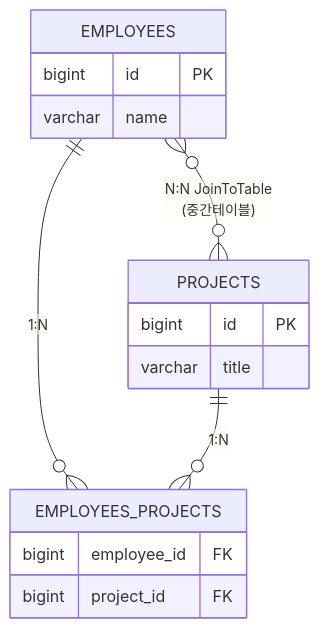
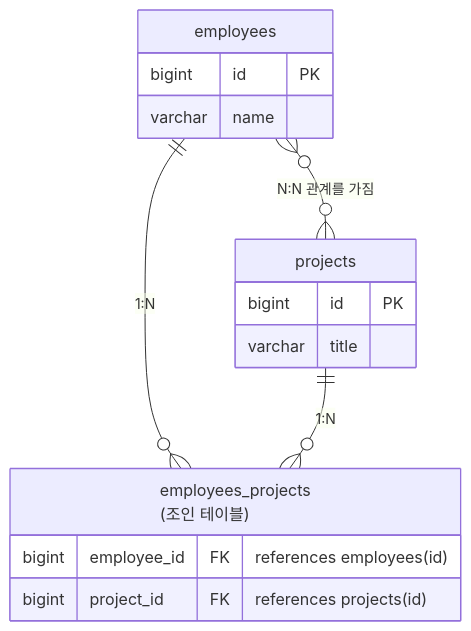
Before and after one commit to star1431/backend: the third of 3 diagrams in src/week_10/_1024/1024내용.md, drawn with Mermaid. The commit also changed other lines of this file, not shown here.

````diff
--- a/src/week_10/_1024/1024내용.md
+++ b/src/week_10/_1024/1024내용.md
@@ -267,22 +273,21 @@
 ```mermaid
----
-config:
-  layout: dagre
----
 erDiagram
-    EMPLOYEES {
+    employees {
         bigint id PK
         varchar name
     }
-    PROJECTS {
+
+    projects {
         bigint id PK
         varchar title
     }
-    EMPLOYEES_PROJECTS {
-        bigint employee_id FK
-        bigint project_id FK
+    
+    employees_projects["employees_projects<br>(조인 테이블)"] {
+        bigint employee_id FK "references employees(id)"
+        bigint project_id FK "references projects(id)"
     }
-    EMPLOYEES ||--o{ EMPLOYEES_PROJECTS : "1:N"
-    PROJECTS ||--o{ EMPLOYEES_PROJECTS : "1:N"
-    EMPLOYEES }o--o{ PROJECTS : "N:N JoinToTable<br>(중간테이블)"
+    
+    employees }o--o{ projects : "N:N 관계를 가짐"
+    employees ||--o{ employees_projects : "1:N"
+    projects ||--o{ employees_projects : "1:N"
 ```
````
